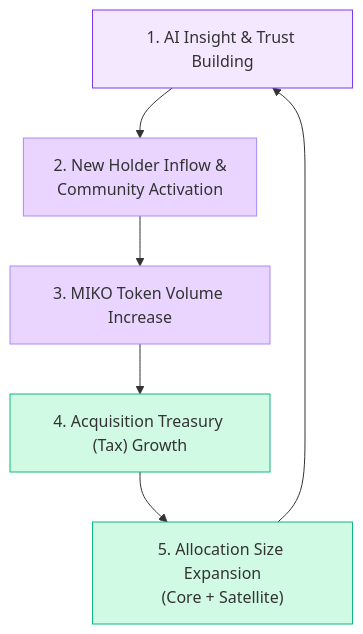
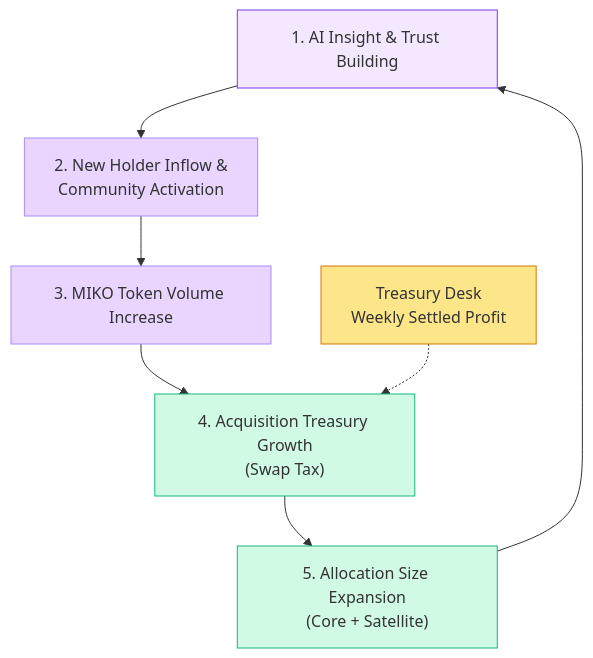
One commit to Miko-Protocol/docs changed the first of 3 diagrams in docs/miko-protocol/symbiotic-loop-and-economics.md. Above: the diagram before and after it, drawn with Mermaid. The commit also changed other lines of this file and 8 other files, not shown here.

````diff
--- a/docs/miko-protocol/symbiotic-loop-and-economics.md
+++ b/docs/miko-protocol/symbiotic-loop-and-economics.md
@@ -9,13 +9,15 @@
 ```mermaid
 graph TD
     A["1#46; AI Insight & Trust Building"] --> B["2#46; New Holder Inflow &<br/>Community Activation"];
     B --> C["3#46; MIKO Token Volume Increase"];
-    C --> D["4#46; Acquisition Treasury (Tax) Growth"];
+    C --> D["4#46; Acquisition Treasury Growth<br/>(Swap Tax)"];
+    T["Treasury Desk<br/>Weekly Settled Profit"] -.-> D;
     D --> E["5#46; Allocation Size Expansion<br/>(Core + Satellite)"];
     E --> A;
+    style T fill:#fde68a,stroke:#d97706
     style A fill:#f3e8ff,stroke:#7c3aed
     style B fill:#e9d5ff,stroke:#a78bfa
     style C fill:#e9d5ff,stroke:#a78bfa
     style D fill:#d1fae5,stroke:#10b981
     style E fill:#d1fae5,stroke:#10b981
 ```
````
